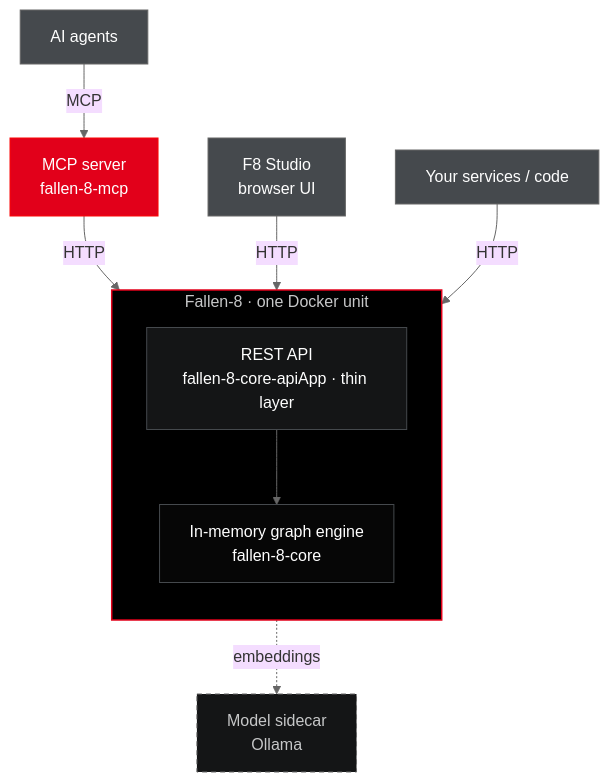
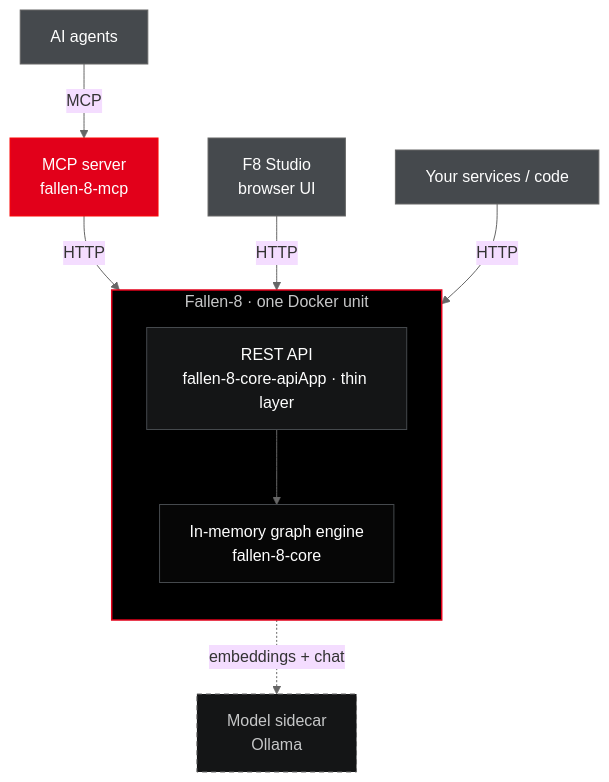
One commit to cosh/fallen-8-core changed the diagram in README.md. Above: the diagram before and after it, drawn with Mermaid. The commit also changed other lines of this file and 9 other files, not shown here.

First line of the commit message:
instance-config: docs, architecture diagrams, compose, screenshots

````diff
--- a/README.md
+++ b/README.md
@@ -72,31 +73,31 @@
 ```mermaid
 %%{init: {'theme':'base','themeVariables':{'fontFamily':'ui-monospace, SFMono-Regular, Menlo, Consolas, monospace','lineColor':'#666666'}}}%%
 flowchart TB
     agents["AI agents"]:::client
     studio["F8 Studio<br/>browser UI"]:::client
     services["Your services / code"]:::client
 
     mcp["MCP server<br/>fallen-8-mcp"]:::mcp
 
     subgraph unit["Fallen-8 · one Docker unit"]
         direction TB
         rest["REST API<br/>fallen-8-core-apiApp · thin layer"]:::api
         engine["In-memory graph engine<br/>fallen-8-core"]:::engine
         rest --> engine
     end
 
     sidecar["Model sidecar<br/>Ollama"]:::ext
 
     agents -->|MCP| mcp
     mcp -->|HTTP| rest
     studio -->|HTTP| rest
     services -->|HTTP| rest
-    rest -.->|embeddings| sidecar
+    rest -.->|embeddings + chat| sidecar
 
     classDef client fill:#45494D,stroke:#666666,color:#FEFEFE
     classDef mcp fill:#E2001A,stroke:#FC0606,color:#FEFEFE
     classDef api fill:#141516,stroke:#45494D,color:#FEFEFE
     classDef engine fill:#060606,stroke:#45494D,color:#FEFEFE
     classDef ext fill:#141516,stroke:#666666,color:#C6C7C8,stroke-dasharray:5 4
     style unit fill:#000000,stroke:#E2001A,stroke-width:1.5px,color:#C6C7C8
 ```
````
